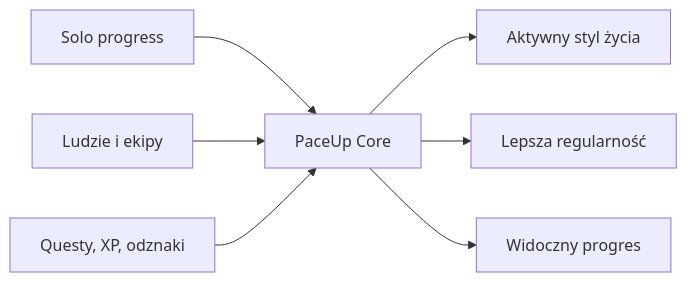
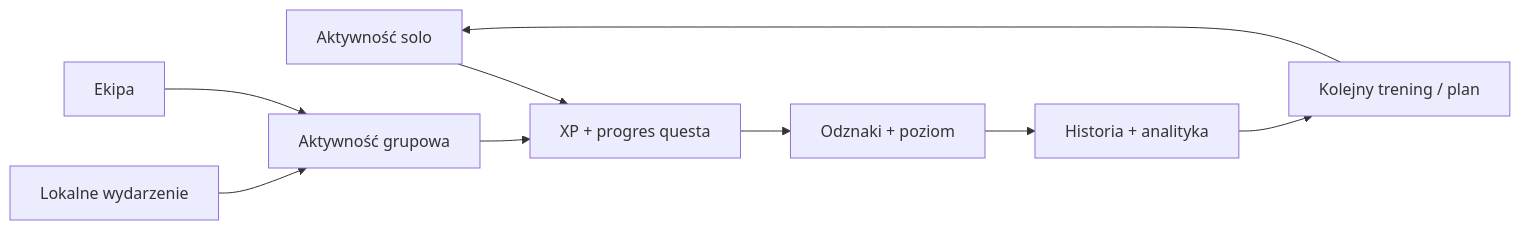
The diagram in README.md (milekv/PaceUP), drawn with Mermaid before and after one commit. The commit also changed other lines of this file, not shown here.

````diff
--- a/README.md
+++ b/README.md
@@ -109,9 +47,11 @@
 ```mermaid
 flowchart LR
-  A["Solo progress"] --> D["PaceUp Core"]
-  B["Ludzie i ekipy"] --> D
-  C["Questy, XP, odznaki"] --> D
-  D --> E["Aktywny styl życia"]
-  D --> F["Lepsza regularność"]
-  D --> G["Widoczny progres"]
+  A["Aktywność solo"] --> B["XP + progres questa"]
+  B --> C["Odznaki + poziom"]
+  C --> D["Historia + analityka"]
+  D --> E["Kolejny trening / plan"]
+  E --> A
+  F["Aktywność grupowa"] --> B
+  G["Lokalne wydarzenie"] --> F
+  H["Ekipa"] --> F
 ```
````
